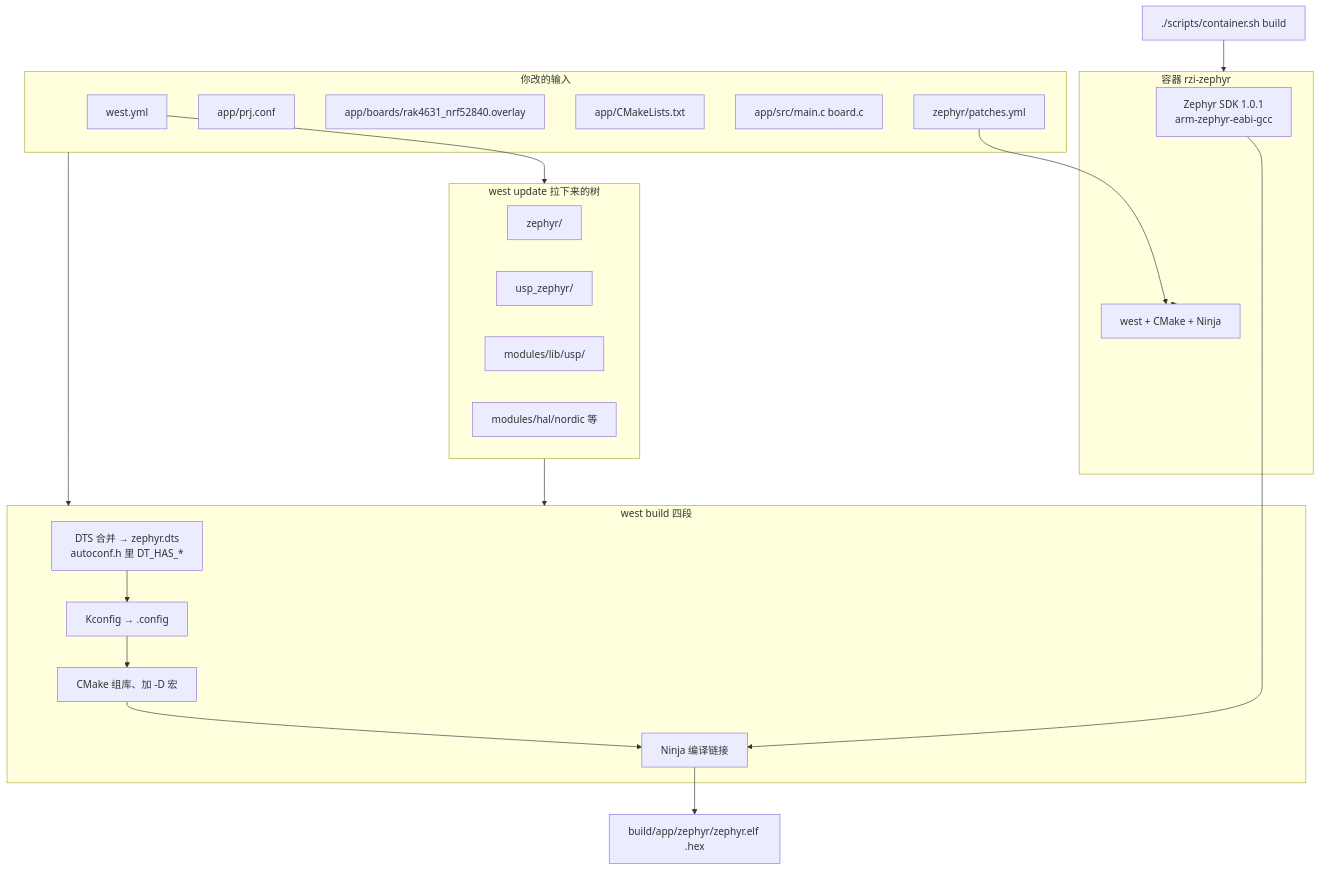
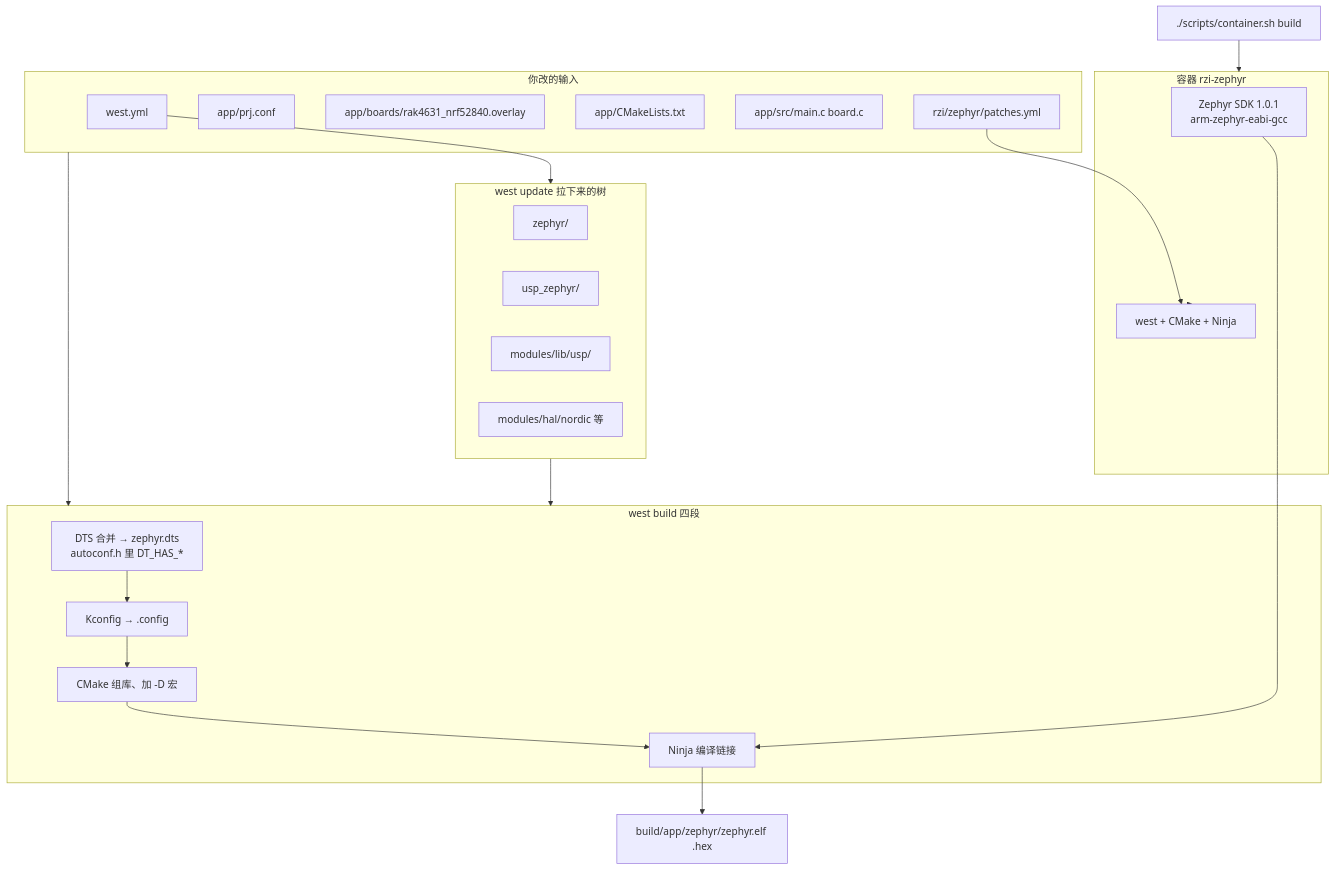
Before and after one commit to DanielCao0/RZI_Example: the first of 3 diagrams in doc/build-pipeline.md, drawn with Mermaid. The commit also changed other lines of this file and 12 other files, not shown here.

First line of the commit message:
build: consume patches from RZI module

````diff
--- a/doc/build-pipeline.md
+++ b/doc/build-pipeline.md
@@ -19,46 +19,46 @@
 ```mermaid
 flowchart TB
   cmd["./scripts/container.sh build"]
 
   subgraph docker ["容器 rzi-zephyr"]
     sdk["Zephyr SDK 1.0.1<br/>arm-zephyr-eabi-gcc"]
     west["west + CMake + Ninja"]
   end
 
   subgraph inputs ["你改的输入"]
     yml["west.yml"]
     prj["app/prj.conf"]
     overlay["app/boards/rak4631_nrf52840.overlay"]
     cmakeApp["app/CMakeLists.txt"]
     src["app/src/main.c board.c"]
-    patches["zephyr/patches.yml"]
+    patches["rzi/zephyr/patches.yml"]
   end
 
   subgraph trees ["west update 拉下来的树"]
     z["zephyr/"]
     uz["usp_zephyr/"]
     usp["modules/lib/usp/"]
     hal["modules/hal/nordic 等"]
   end
 
   subgraph stages ["west build 四段"]
     dts["DTS 合并 → zephyr.dts<br/>autoconf.h 里 DT_HAS_*"]
     kconf["Kconfig → .config"]
     cmake["CMake 组库、加 -D 宏"]
     ninja["Ninja 编译链接"]
   end
 
   out["build/app/zephyr/zephyr.elf .hex"]
 
   cmd --> docker
   docker --> west
   patches --> west
   yml --> trees
   inputs --> stages
   trees --> stages
   sdk --> ninja
   dts --> kconf
   kconf --> cmake
   cmake --> ninja
   ninja --> out
 ```
````
